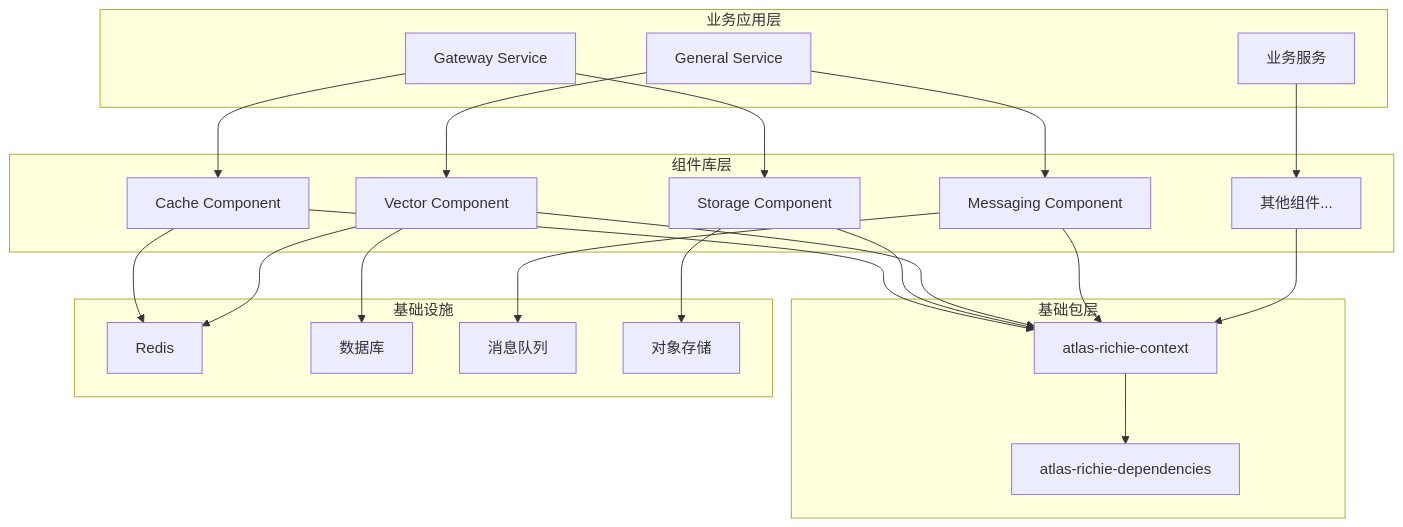
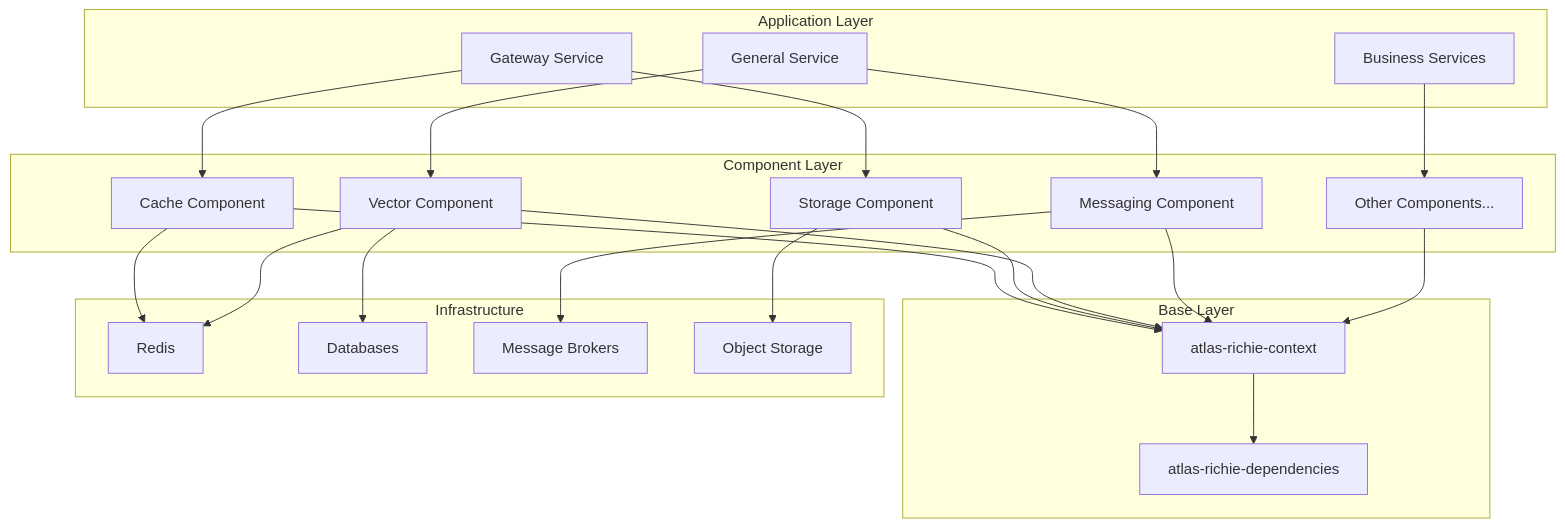
One commit to richie696/atlas-richie-platform changed the diagram in README.md. Above: the diagram before and after it, drawn with Mermaid. The commit also changed other lines of this file and 14 other files, not shown here.

````diff
--- a/README.md
+++ b/README.md
@@ -328,48 +320,48 @@
 ```mermaid
 graph TB
-    subgraph "业务应用层"
+    subgraph "Application Layer"
         A1[Gateway Service]
         A2[General Service]
-        A3[业务服务]
+        A3[Business Services]
     end
 
-    subgraph "组件库层"
+    subgraph "Component Layer"
         B1[Cache Component]
         B2[Storage Component]
         B3[Vector Component]
         B4[Messaging Component]
-        B5[其他组件...]
+        B5[Other Components...]
     end
 
-    subgraph "基础包层"
+    subgraph "Base Layer"
         C1[atlas-richie-context]
         C2[atlas-richie-dependencies]
     end
 
-    subgraph "基础设施"
+    subgraph "Infrastructure"
         D1[Redis]
-        D2[数据库]
-        D3[消息队列]
-        D4[对象存储]
+        D2[Databases]
+        D3[Message Brokers]
+        D4[Object Storage]
     end
 
     A1 --> B1
     A1 --> B2
     A2 --> B3
     A2 --> B4
     A3 --> B5
 
     B1 --> C1
     B2 --> C1
     B3 --> C1
     B4 --> C1
     B5 --> C1
 
     C1 --> C2
 
     B1 --> D1
     B2 --> D4
     B3 --> D1
     B3 --> D2
     B4 --> D3
 ```
````
